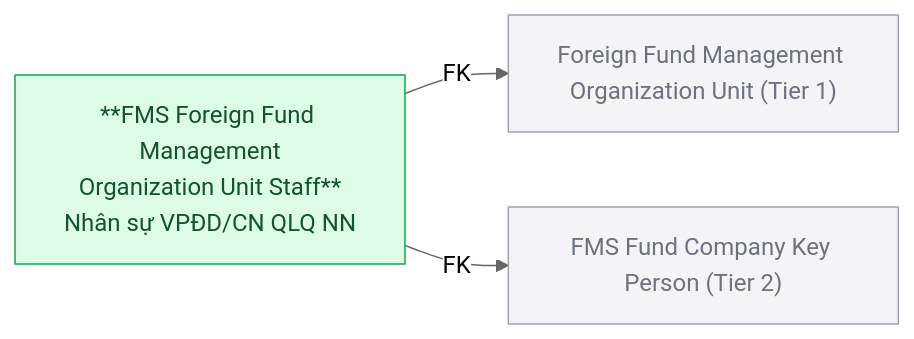
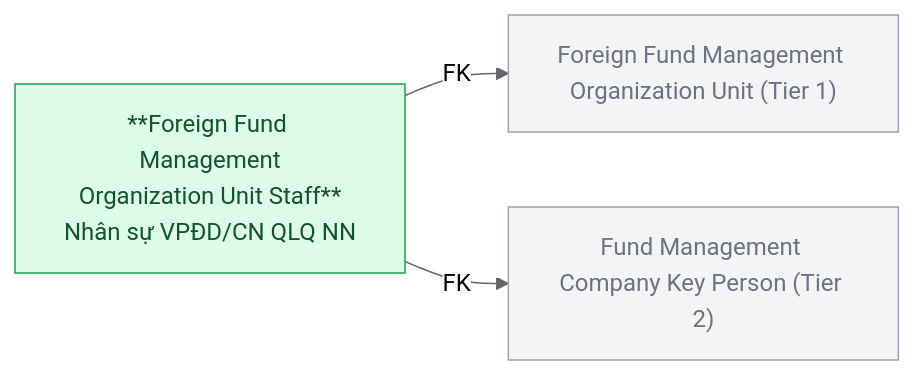
The sixth of 12 diagrams in Silver/hld/FMS_HLD_Tier3.md (linhlvit/ubck_atomic_design), drawn with Mermaid (neutral theme) before and after one commit. The commit also changed other lines of this file and 32 other files, not shown here.

````diff
--- a/Silver/hld/FMS_HLD_Tier3.md
+++ b/Silver/hld/FMS_HLD_Tier3.md
@@ -151,12 +151,12 @@
 ```mermaid
 graph LR
     classDef silver fill:#dcfce7,stroke:#16a34a,color:#14532d
     classDef refnode fill:#f3f4f6,stroke:#9ca3af,color:#6b7280
 
     FGOU["Foreign Fund Management Organization Unit (Tier 1)"]:::refnode
-    KP["FMS Fund Company Key Person (Tier 2)"]:::refnode
-    STF["**FMS Foreign Fund Management\nOrganization Unit Staff**\nNhân sự VPĐD/CN QLQ NN"]:::silver
+    KP["Fund Management Company Key Person (Tier 2)"]:::refnode
+    STF["**Foreign Fund Management\nOrganization Unit Staff**\nNhân sự VPĐD/CN QLQ NN"]:::silver
 
     STF -->|FK| FGOU
     STF -->|FK| KP
 ```
````
